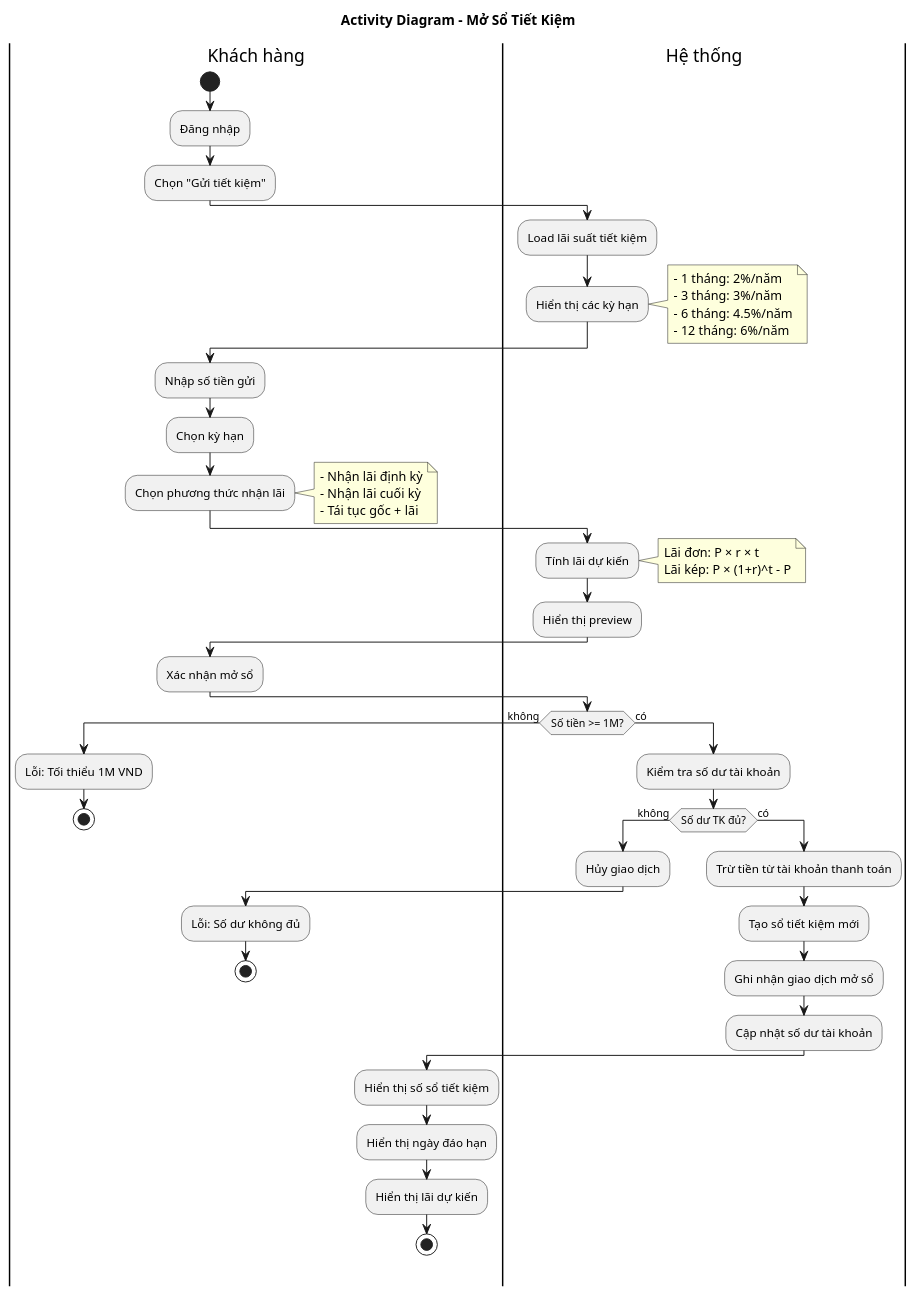
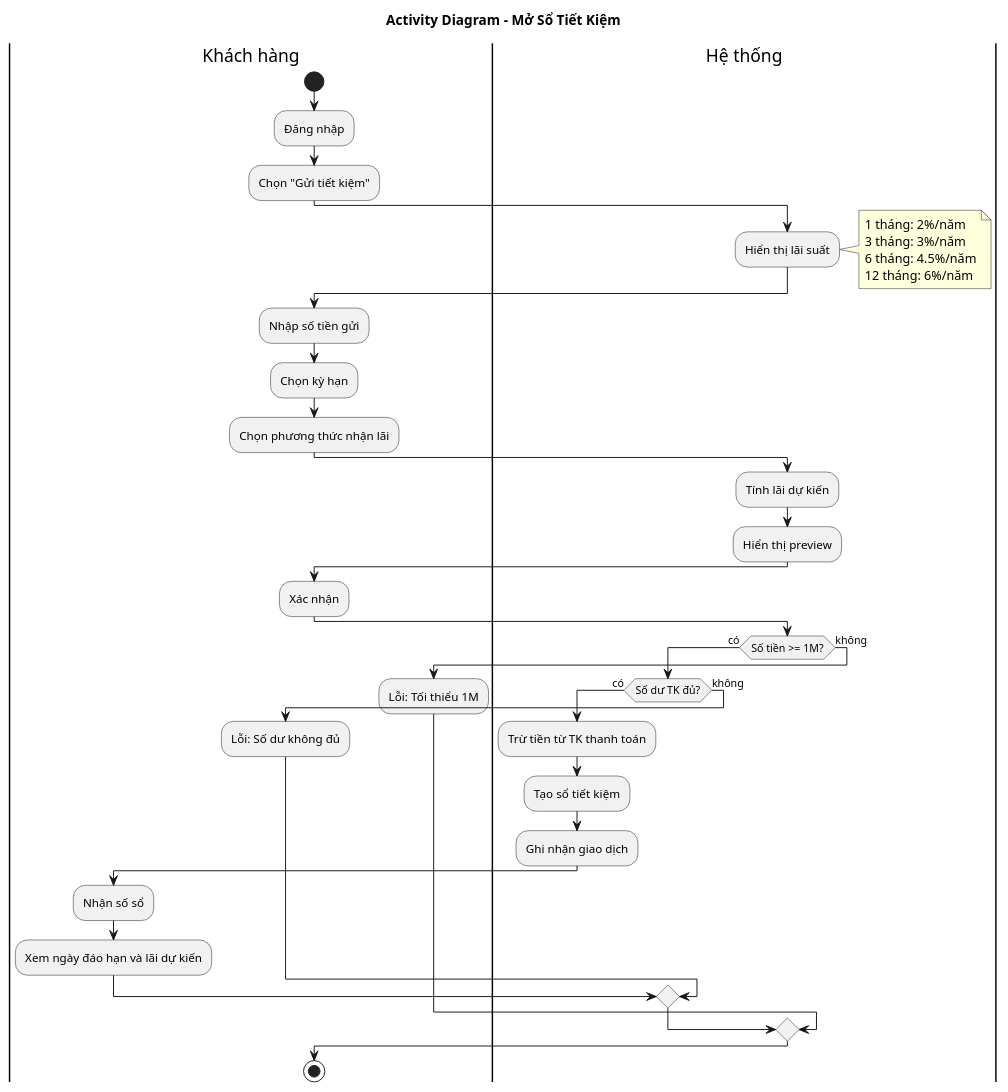
The diagram in diagrams/activity/04-mo-tiet-kiem.puml (Bang334/nganhang), drawn with PlantUML before and after one commit. The commit also changed other lines of this file and 168 other files, not shown here.

```diff
--- a/diagrams/activity/04-mo-tiet-kiem.puml
+++ b/diagrams/activity/04-mo-tiet-kiem.puml
@@ -1,70 +1,48 @@
-@startuml Mở Sổ Tiết Kiệm
+@startuml Mở Tiết Kiệm
 title Activity Diagram - Mở Sổ Tiết Kiệm
 
 |Khách hàng|
 start
 :Đăng nhập;
 :Chọn "Gửi tiết kiệm";
 
 |Hệ thống|
-:Load lãi suất tiết kiệm;
-:Hiển thị các kỳ hạn;
+:Hiển thị lãi suất;
 note right
-- 1 tháng: 2%/năm
-- 3 tháng: 3%/năm
-- 6 tháng: 4.5%/năm
-- 12 tháng: 6%/năm
+1 tháng: 2%/năm
+3 tháng: 3%/năm
+6 tháng: 4.5%/năm
+12 tháng: 6%/năm
 end note
 
 |Khách hàng|
 :Nhập số tiền gửi;
 :Chọn kỳ hạn;
 :Chọn phương thức nhận lãi;
-note right
-- Nhận lãi định kỳ
-- Nhận lãi cuối kỳ
-- Tái tục gốc + lãi
-end note
 
 |Hệ thống|
 :Tính lãi dự kiến;
-note right
-Lãi đơn: P × r × t
-Lãi kép: P × (1+r)^t - P
-end note
-
 :Hiển thị preview;
 
 |Khách hàng|
-:Xác nhận mở sổ;
+:Xác nhận;
 
 |Hệ thống|
-if (Số tiền >= 1M?) then (không)
-  |Khách hàng|
-  :Lỗi: Tối thiểu 1M VND;
-  stop
-else (có)
-  |Hệ thống|
-  :Kiểm tra số dư tài khoản;
-  
-  if (Số dư TK đủ?) then (không)
-    :Hủy giao dịch;
-    |Khách hàng|
-    :Lỗi: Số dư không đủ;
-    stop
-  else (có)
-    |Hệ thống|
-    :Trừ tiền từ tài khoản thanh toán;
-    :Tạo sổ tiết kiệm mới;
-    :Ghi nhận giao dịch mở sổ;
-    :Cập nhật số dư tài khoản;
+if (Số tiền >= 1M?) then (có)
+  if (Số dư TK đủ?) then (có)
+    :Trừ tiền từ TK thanh toán;
+    :Tạo sổ tiết kiệm;
+    :Ghi nhận giao dịch;
     
     |Khách hàng|
-    :Hiển thị số sổ tiết kiệm;
-    :Hiển thị ngày đáo hạn;
-    :Hiển thị lãi dự kiến;
-    stop
+    :Nhận số sổ;
+    :Xem ngày đáo hạn và lãi dự kiến;
+  else (không)
+    :Lỗi: Số dư không đủ;
   endif
+else (không)
+  :Lỗi: Tối thiểu 1M;
 endif
+stop
 
 @enduml
```
